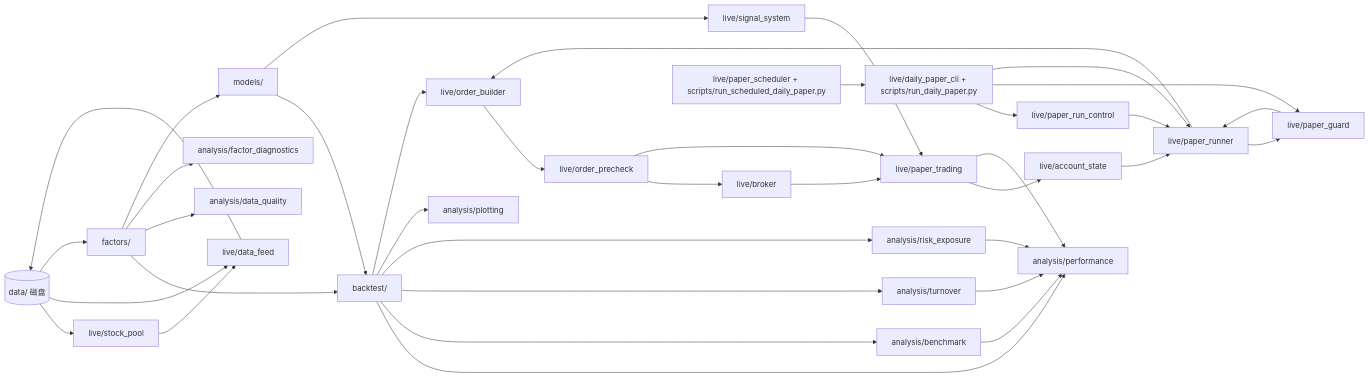
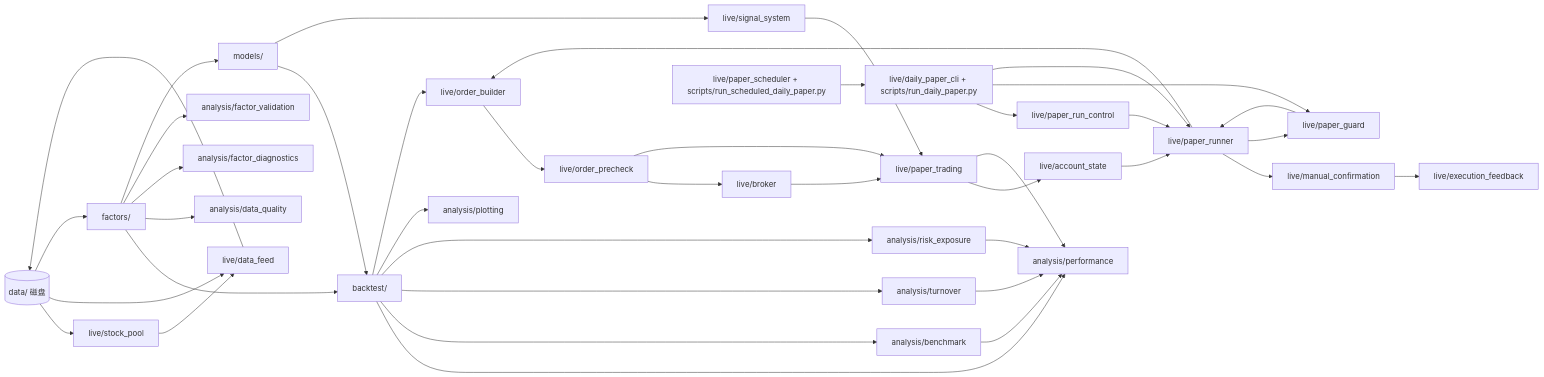
Before and after one commit to Mikowong0821/quant_strategy: the diagram in docs/CODE_STRUCTURE.md, drawn with Mermaid. The commit also changed other lines of this file and 21 other files, not shown here.

Commit message:
Add live validation and execution feedback workflow

````diff
--- a/docs/CODE_STRUCTURE.md
+++ b/docs/CODE_STRUCTURE.md
@@ -18,64 +18,70 @@
 ```mermaid
 flowchart LR
   data[(data/ 磁盘)]
   pool[live/stock_pool]
   feed[live/data_feed]
   fac[factors/]
   bt[backtest/]
   opt[models/]
   sig[live/signal_system]
   order[live/order_builder]
   precheck[live/order_precheck]
   broker[live/broker]
   paper[live/paper_trading]
   state[live/account_state]
   runner[live/paper_runner]
+  confirm[live/manual_confirmation]
+  feedback[live/execution_feedback]
   guard[live/paper_guard]
   control[live/paper_run_control]
   scheduler[live/paper_scheduler + scripts/run_scheduled_daily_paper.py]
   cli[live/daily_paper_cli + scripts/run_daily_paper.py]
   perf[analysis/performance]
   dq[analysis/data_quality]
   diag[analysis/factor_diagnostics]
   bench[analysis/benchmark]
   turn[analysis/turnover]
   risk[analysis/risk_exposure]
+  val[analysis/factor_validation]
   plot[analysis/plotting]
 
   data --> pool
   pool --> feed
   data --> feed
   data --> fac
   feed --> data
   fac --> bt
   fac --> dq
   fac --> diag
+  fac --> val
   opt --> bt
   bt --> perf
   bt --> bench
   bt --> turn
   bt --> risk
   bench --> perf
   turn --> perf
   risk --> perf
   bt --> plot
   bt --> order
   order --> precheck
   precheck --> broker
   fac --> opt
   opt --> sig
   precheck --> paper
   broker --> paper
   paper --> state
   state --> runner
+  runner --> confirm
+  confirm --> feedback
   cli --> control
   cli --> guard
   control --> runner
   guard --> runner
   scheduler --> cli
   runner --> guard
   runner --> order
   cli --> runner
   sig --> paper
   paper --> perf
 ```
````
